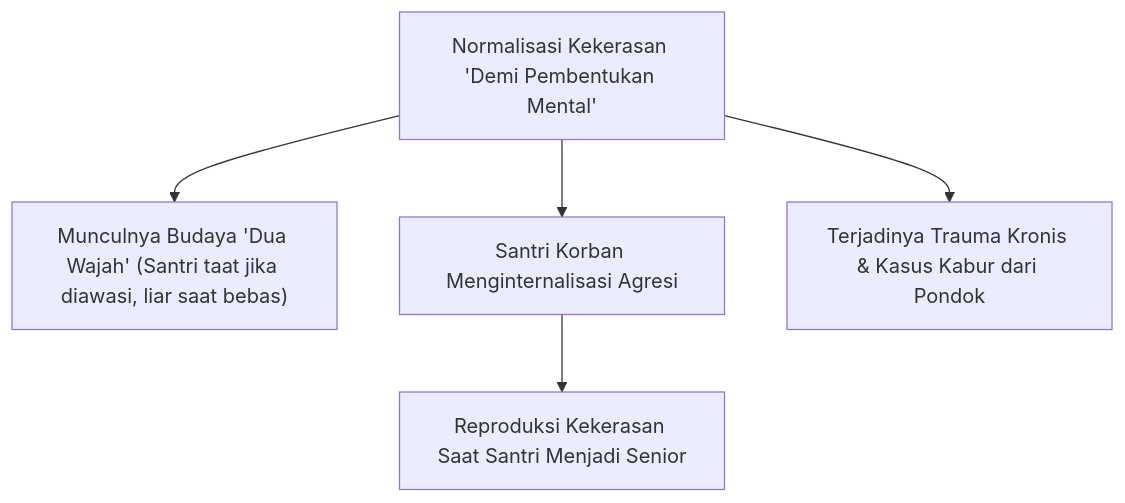
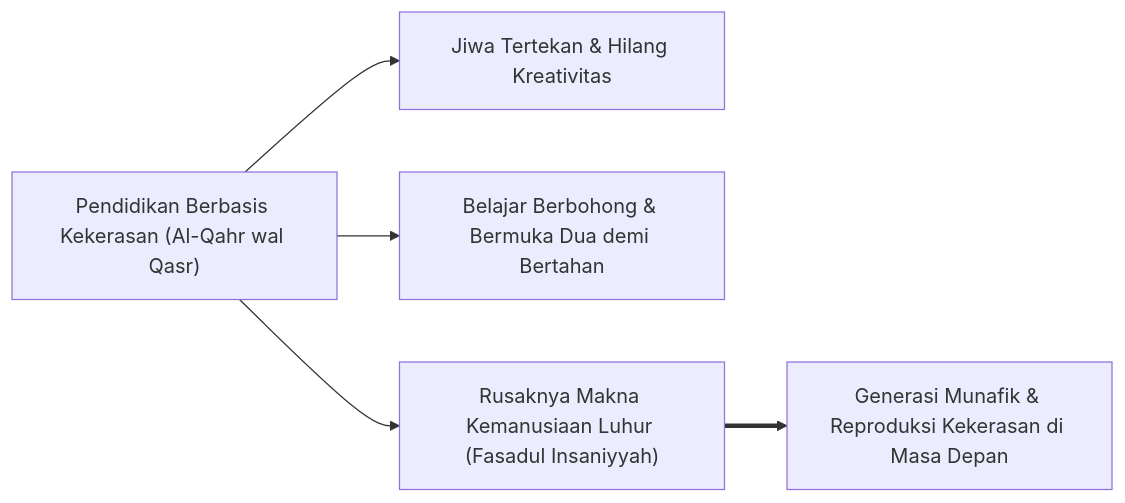
Before and after one commit to wandiapriliyandi/tumbuh: the second of 3 diagrams in BOOK-SERIES/Volume-01/Bab-01-Krisis-Karakter-dan-Urgensi-Rekonstruksi/02-Fenomenologi-Kekerasan-dan-Senioritas-Feodal.md, drawn with Mermaid. The commit also changed other lines of this file and 4 other files, not shown here.

````diff
--- a/BOOK-SERIES/Volume-01/Bab-01-Krisis-Karakter-dan-Urgensi-Rekonstruksi/02-Fenomenologi-Kekerasan-dan-Senioritas-Feodal.md
+++ b/BOOK-SERIES/Volume-01/Bab-01-Krisis-Karakter-dan-Urgensi-Rekonstruksi/02-Fenomenologi-Kekerasan-dan-Senioritas-Feodal.md
@@ -16,8 +41,8 @@
 ```mermaid
-graph TD
-    Kekerasan["Normalisasi Kekerasan 'Demi Pembentukan Mental'"]
-    Kekerasan --> Respon1["Munculnya Budaya 'Dua Wajah' (Santri taat jika diawasi, liar saat bebas)"]
-    Kekerasan --> Respon2["Santri Korban Menginternalisasi Agresi"]
-    Kekerasan --> Respon3["Terjadinya Trauma Kronis & Kasus Kabur dari Pondok"]
-    Respon2 --> Regenerasi["Reproduksi Kekerasan Saat Santri Menjadi Senior"]
+graph LR
+    Kekerasan["Pendidikan Berbasis Kekerasan (Al-Qahr wal Qasr)"] --> Dampak1["Jiwa Tertekan & Hilang Kreativitas"]
+    Kekerasan --> Dampak2["Belajar Berbohong & Bermuka Dua demi Bertahan"]
+    Kekerasan --> Dampak3["Rusaknya Makna Kemanusiaan Luhur (Fasadul Insaniyyah)"]
+    
+    Dampak3 ==> Siklus["Generasi Munafik & Reproduksi Kekerasan di Masa Depan"]
 ```
````
